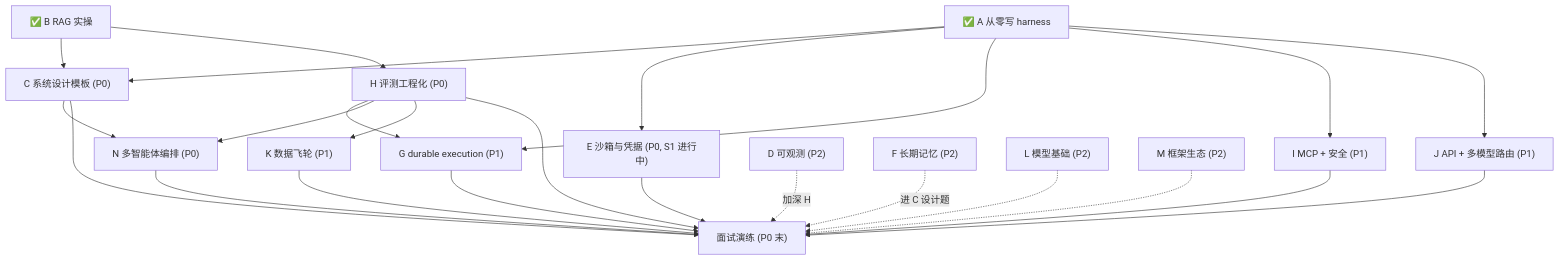
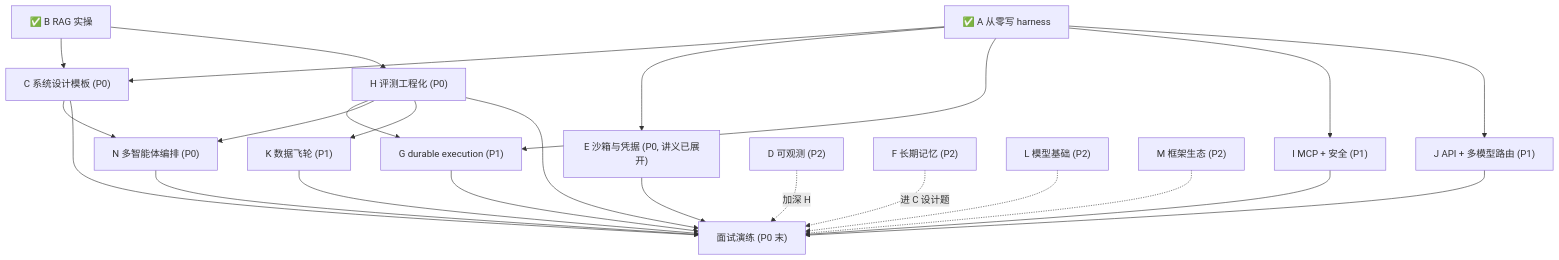
One commit to zo0043/learn-agent-harness changed the diagram in notes/knowledge-map.md. Above: the diagram before and after it, drawn with Mermaid. The commit also changed other lines of this file and 5 other files, not shown here.

````diff
--- a/notes/knowledge-map.md
+++ b/notes/knowledge-map.md
@@ -35,26 +35,26 @@
 ```mermaid
 graph TD
   A["✅ A 从零写 harness"] --> C["C 系统设计模板 (P0)"]
   B["✅ B RAG 实操"] --> C
-  A --> E["E 沙箱与凭据 (P0, S1 进行中)"]
+  A --> E["E 沙箱与凭据 (P0, 讲义已展开)"]
   B --> H["H 评测工程化 (P0)"]
   A --> G["G durable execution (P1)"]
   H --> G
   A --> I["I MCP + 安全 (P1)"]
   C --> N["N 多智能体编排 (P0)"]
   H --> N
   N --> Z
   A --> J["J API + 多模型路由 (P1)"]
   H --> K["K 数据飞轮 (P1)"]
   C --> Z["面试演练 (P0 末)"]
   E --> Z
   H --> Z
   G --> Z
   I --> Z
   J --> Z
   K --> Z
   D["D 可观测 (P2)"] -.->|加深 H| Z
   F["F 长期记忆 (P2)"] -.->|进 C 设计题| Z
   L["L 模型基础 (P2)"] -.-> Z
   M["M 框架生态 (P2)"] -.-> Z
 ```
````
